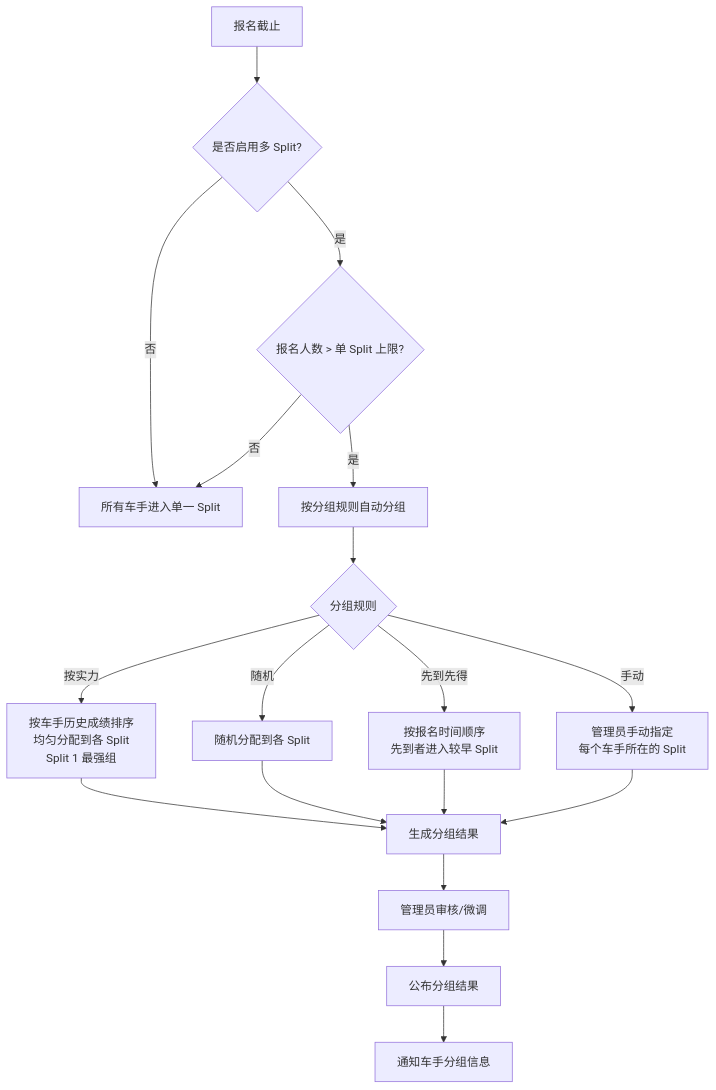
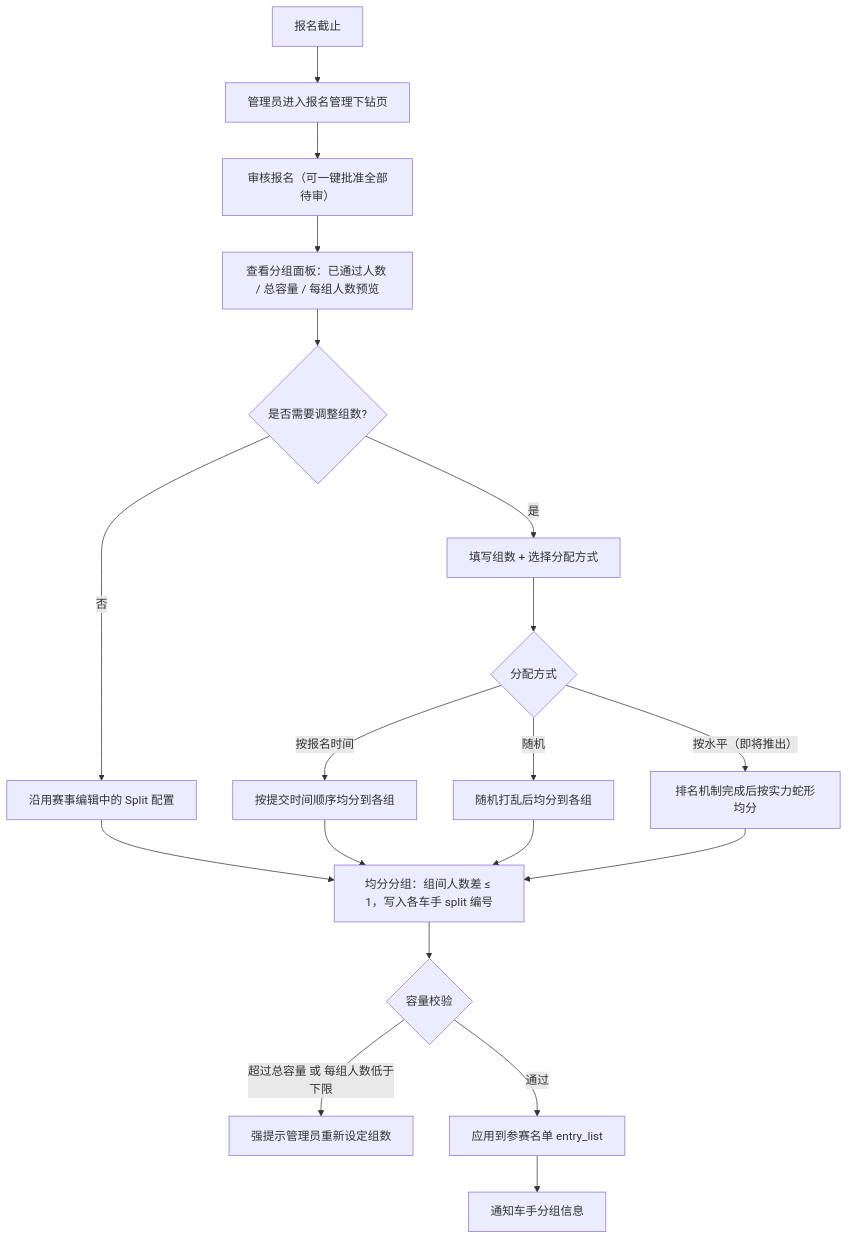
The eighth of 13 diagrams in PRD.md (SagaLinZP/Racing-Arcade-Admin), drawn with Mermaid before and after one commit. The commit also changed other lines of this file and 28 other files, not shown here.

````diff
--- a/PRD.md
+++ b/PRD.md
@@ -996,20 +1003,18 @@
 ```mermaid
 flowchart TD
-    A[报名截止] --> B{是否启用多 Split?}
-    B -->|否| C[所有车手进入单一 Split]
-    B -->|是| D{报名人数 > 单 Split 上限?}
-
-    D -->|否| C
-    D -->|是| E[按分组规则自动分组]
-
-    E --> F{分组规则}
-    F -->|按实力| F1[按车手历史成绩排序<br/>均匀分配到各 Split<br/>Split 1 最强组]
-    F -->|随机| F2[随机分配到各 Split]
-    F -->|先到先得| F3[按报名时间顺序<br/>先到者进入较早 Split]
-    F -->|手动| F4[管理员手动指定<br/>每个车手所在的 Split]
-
-    F1 & F2 & F3 & F4 --> G[生成分组结果]
-    G --> H[管理员审核/微调]
-    H --> I[公布分组结果]
-    I --> J[通知车手分组信息]
+    A[报名截止] --> B[管理员进入报名管理下钻页]
+    B --> C[审核报名（可一键批准全部待审）]
+    C --> D[查看分组面板：已通过人数 / 总容量 / 每组人数预览]
+    D --> E{是否需要调整组数?}
+    E -->|否| F[沿用赛事编辑中的 Split 配置]
+    E -->|是| G[填写组数 + 选择分配方式]
+    G --> H{分配方式}
+    H -->|按报名时间| H1[按提交时间顺序均分到各组]
+    H -->|随机| H2[随机打乱后均分到各组]
+    H -->|按水平（即将推出）| H3[排名机制完成后按实力蛇形均分]
+    F & H1 & H2 & H3 --> I[均分分组：组间人数差 ≤ 1，写入各车手 split 编号]
+    I --> J{容量校验}
+    J -->|超过总容量 或 每组人数低于下限| K[强提示管理员重新设定组数]
+    J -->|通过| L[应用到参赛名单 entry_list]
+    L --> M[通知车手分组信息]
 ```
````
